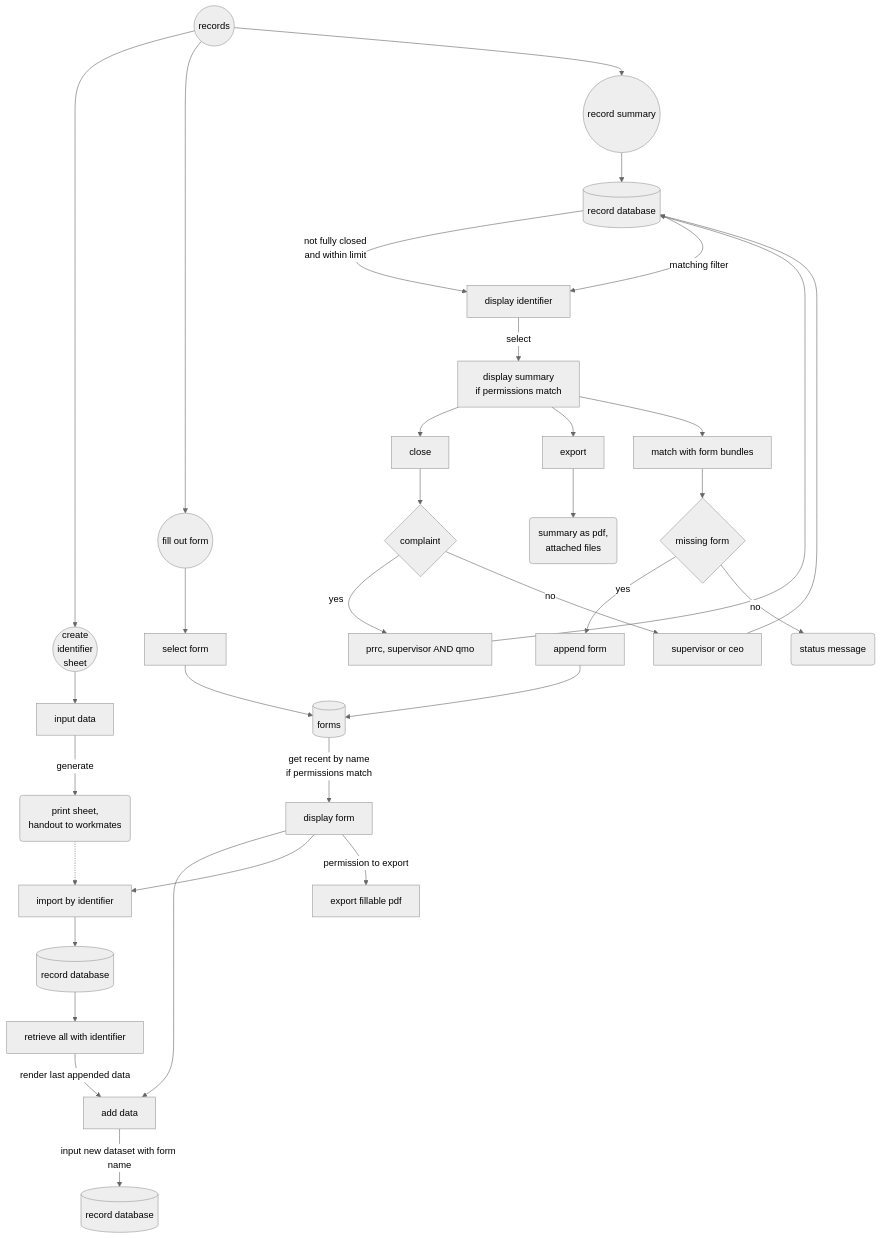
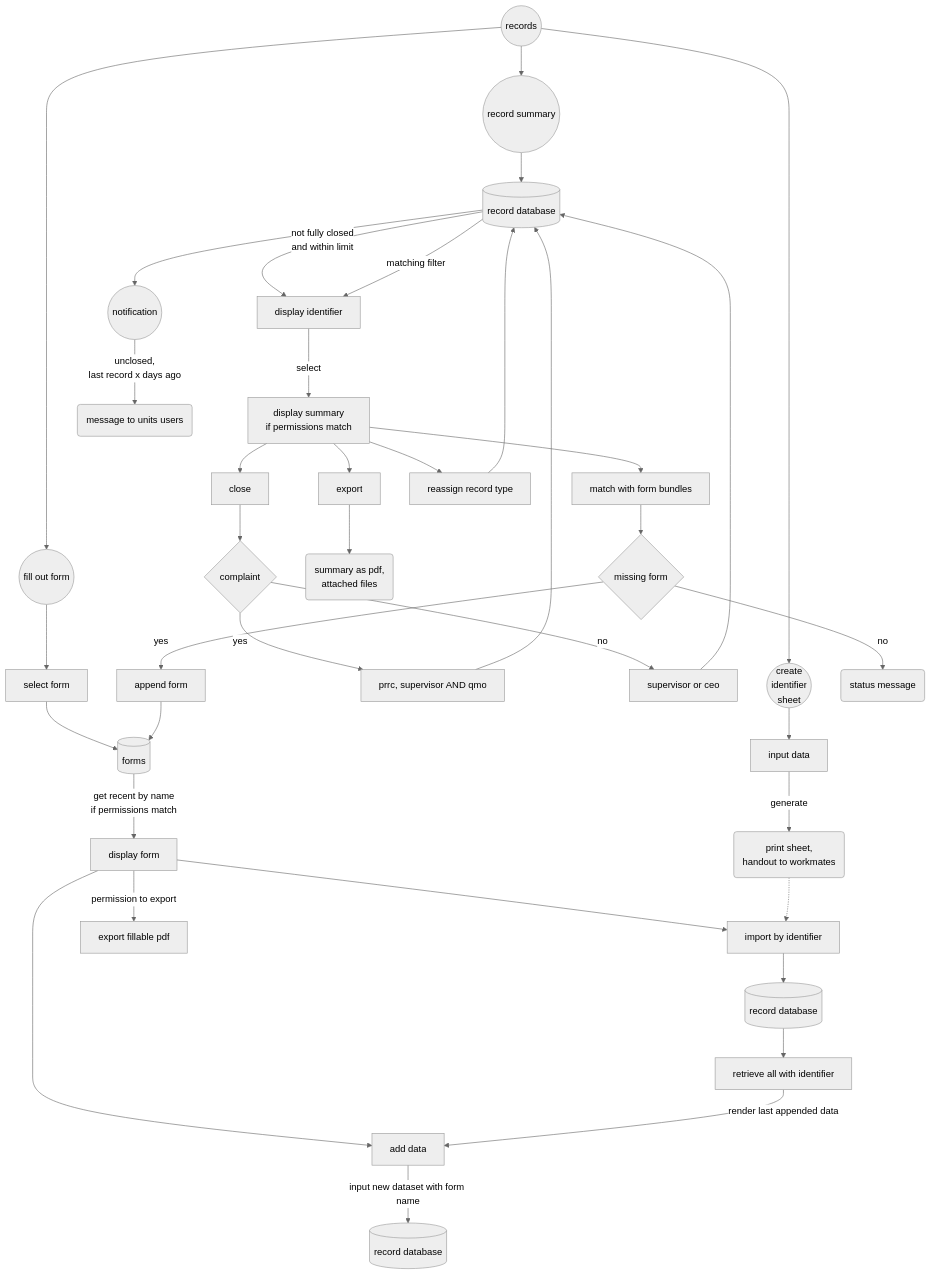
The fourth of 7 diagrams in readme.md (erroronline1/caro), drawn with Mermaid (neutral theme) before and after one commit. The commit also changed other lines of this file and 1 other file, not shown here.

Commit message:
record retyping and reminder documentation

````diff
--- a/readme.md
+++ b/readme.md
@@ -514,46 +513,52 @@
 ```mermaid
 graph TD;
     records((records))-->identifiersheet(("create
     identifier
     sheet"));
     identifiersheet-->input[input data];
     input-->|generate|print("print sheet,
     handout to workmates");
 
     records-->fillform((fill out form));
     fillform-->selectform[select form];
     selectform-->forms[(forms)];
     forms-->|"get recent by name
     if permissions match"|displayform[display form];
     displayform-->inputdata[add data];
     inputdata-->|input new dataset with form name|recorddb[(record database)];
     displayform-->idimport[import by identifier];
     idimport-->recorddb2[(record database)];
     recorddb2-->selectbyid[retrieve all with identifier];
     selectbyid-->|render last appended data|inputdata;
     displayform-->|permission to export|exportform[export fillable pdf]
 
     print-.->idimport;
 
     records-->summaries((record summary));
     summaries-->recorddb3[(record database)]
     recorddb3-->|"not fully closed
     and within limit"|displayids[display identifier];
     recorddb3-->|matching filter|displayids;
     displayids-->|select|summary["display summary
     if permissions match"];
     summary-->close[close];
     close-->complaint{complaint};
     complaint-->|yes|complaintclose[prrc, supervisor AND qmo];
     complaintclose-->recorddb3;
     complaint-->|no|nocomplaintclose[supervisor or ceo];
     nocomplaintclose-->recorddb3;
     summary-->export[export];
     export-->pdf("summary as pdf,
     attached files");
     summary-->matchbundles[match with form bundles];
     matchbundles-->missing{missing form};
     missing-->|yes|appenddata[append form];
     appenddata-->forms;
     missing-->|no|nonemissing(status message);
+    summary-->retype[reassign record type];
+    retype-->recorddb3;
+
+    recorddb3-->notification((notification));
+    notification-->|"unclosed,
+    last record x days ago"|message(message to units users)
 ```
````
